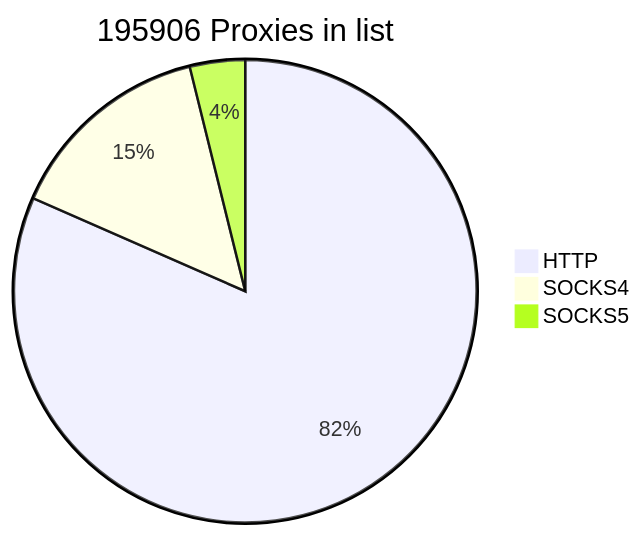
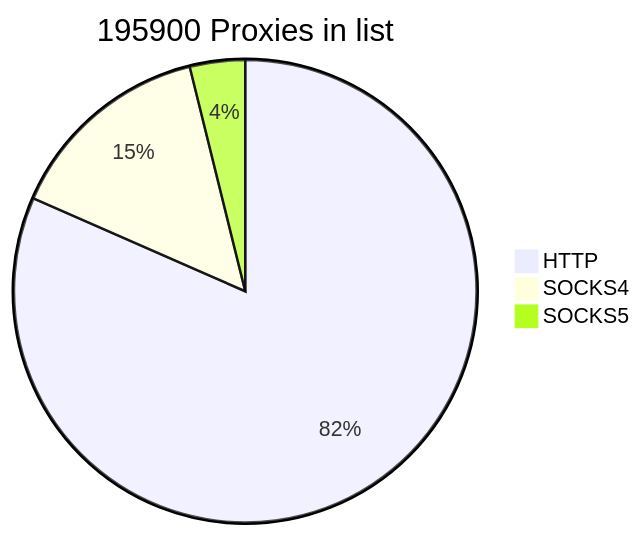
Before and after one commit to cutipu/proxylist: the first of 2 diagrams in README.md, drawn with Mermaid. The commit also changed other lines of this file, not shown here.

````diff
--- a/README.md
+++ b/README.md
@@ -2,7 +2,7 @@
 ```mermaid
-pie title 195906 Proxies in list
-    "HTTP" : 159806
+pie title 195900 Proxies in list
+    "HTTP" : 159800
     "SOCKS4" : 28538
     "SOCKS5" : 7562
             
 ```
````
